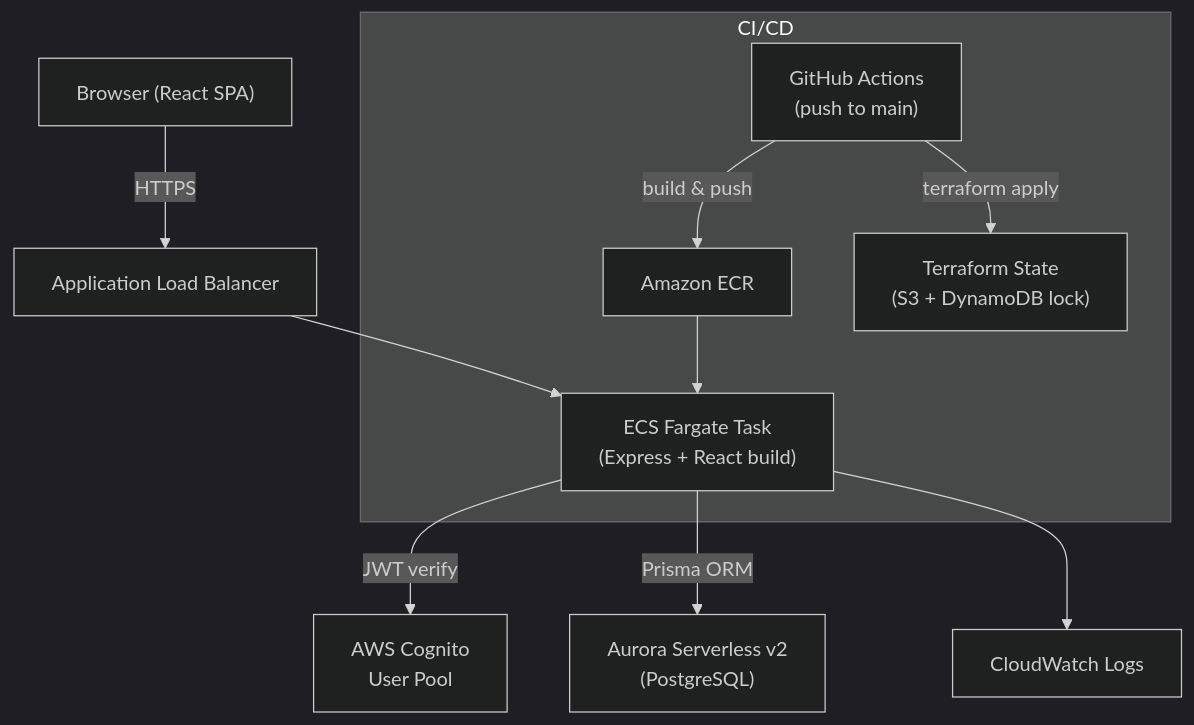
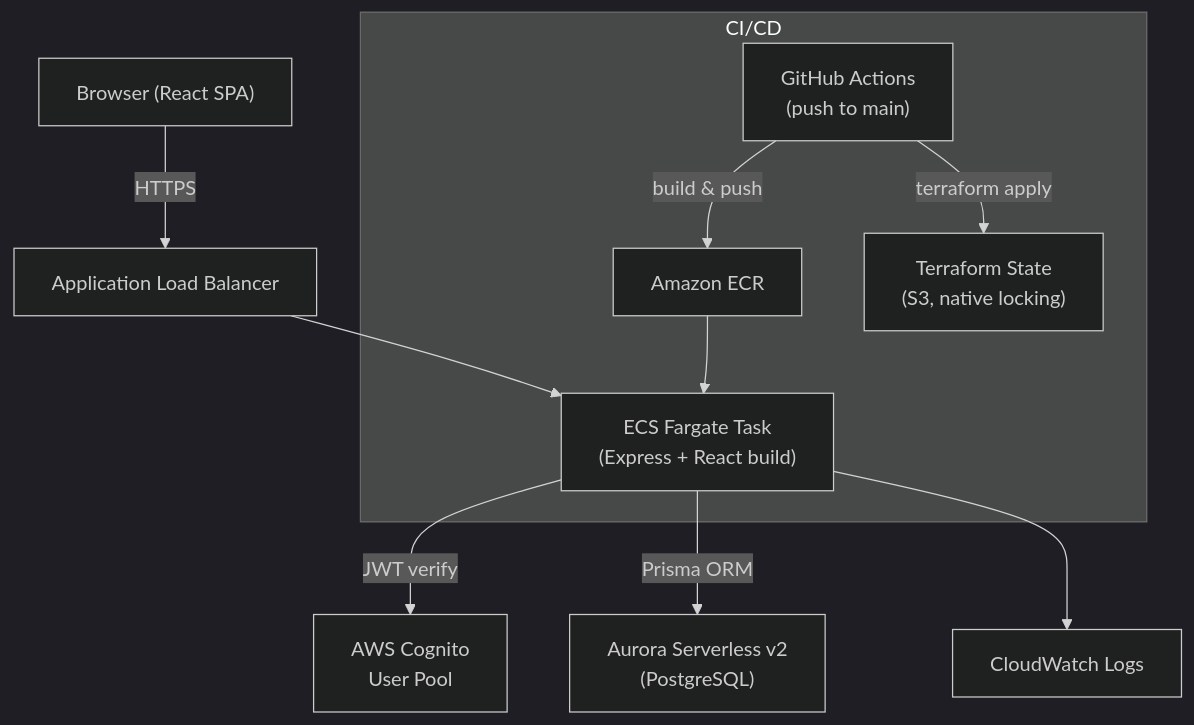
Before and after one commit to ExocTBlid/determineat: the diagram in docs/architecture.md, drawn with Mermaid (dark theme). The commit also changed other lines of this file and 16 other files, not shown here.

````diff
--- a/docs/architecture.md
+++ b/docs/architecture.md
@@ -5,14 +5,14 @@
 ```mermaid
 graph TD
     User["Browser (React SPA)"] -->|HTTPS| ALB["Application Load Balancer"]
     ALB --> ECS["ECS Fargate Task\n(Express + React build)"]
     ECS -->|JWT verify| Cognito["AWS Cognito\nUser Pool"]
     ECS -->|Prisma ORM| Aurora["Aurora Serverless v2\n(PostgreSQL)"]
     ECS --> CW["CloudWatch Logs"]
 
     subgraph CI/CD
         GH["GitHub Actions\n(push to main)"] -->|build & push| ECR["Amazon ECR"]
-        GH -->|terraform apply| TF["Terraform State\n(S3 + DynamoDB lock)"]
+        GH -->|terraform apply| TF["Terraform State\n(S3, native locking)"]
         ECR --> ECS
     end
 ```
````
